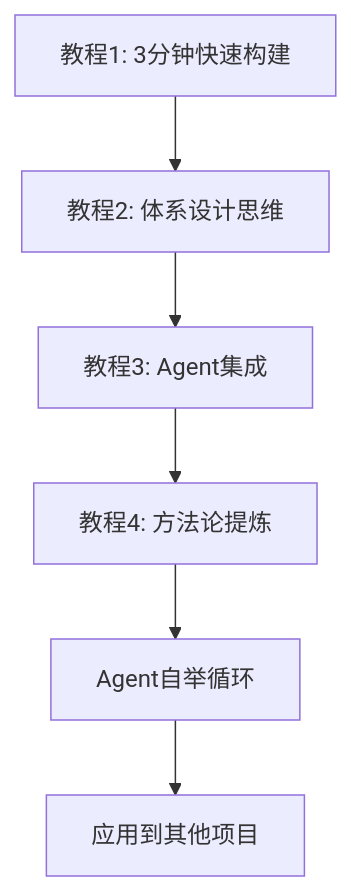
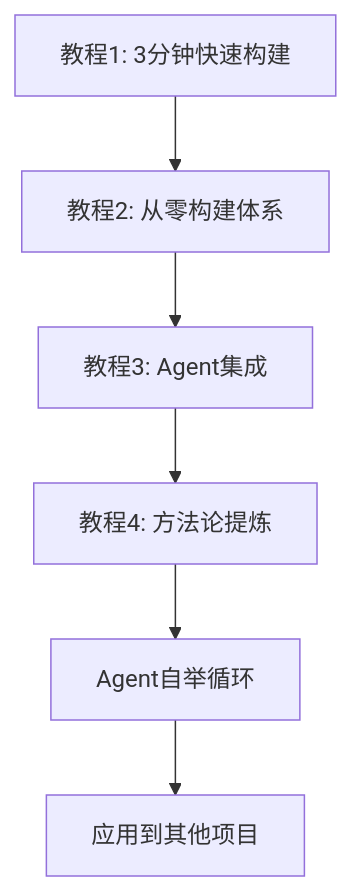
Before and after one commit to live-high/agent-bootstrap-tutorials: the diagram in README.md, drawn with Mermaid. The commit also changed other lines of this file and 4 other files, not shown here.

````diff
--- a/README.md
+++ b/README.md
@@ -31,8 +31,8 @@
 ```mermaid
 graph TD
-    A[教程1: 3分钟快速构建] --> B[教程2: 体系设计思维]
+    A[教程1: 3分钟快速构建] --> B[教程2: 从零构建体系]
     B --> C[教程3: Agent集成]
     C --> D[教程4: 方法论提炼]
     D --> E[Agent自举循环]
     E --> F[应用到其他项目]
 ```
````
